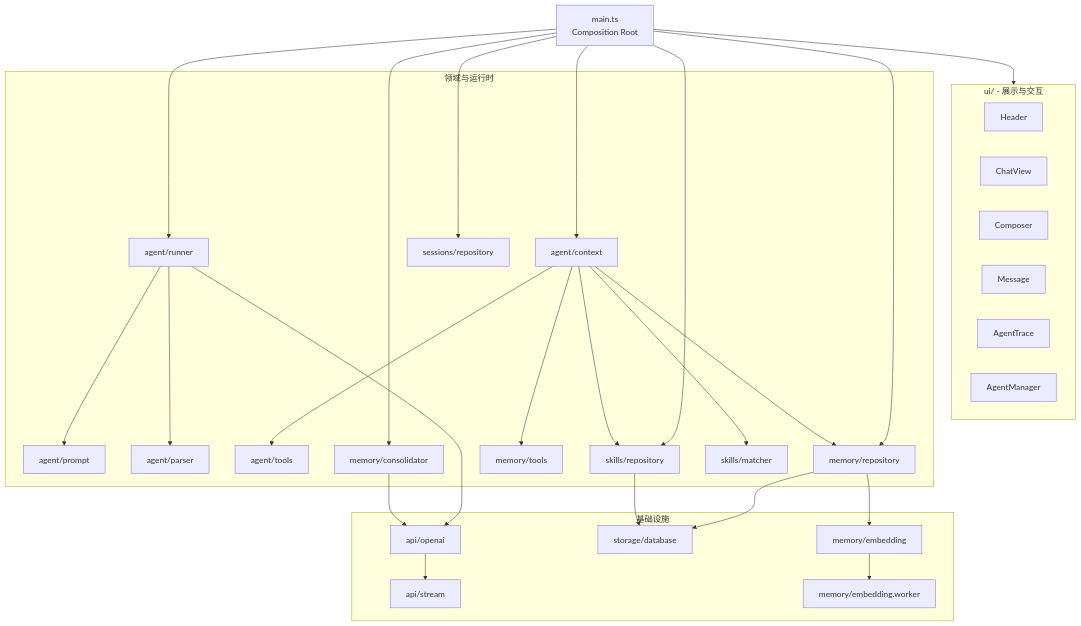
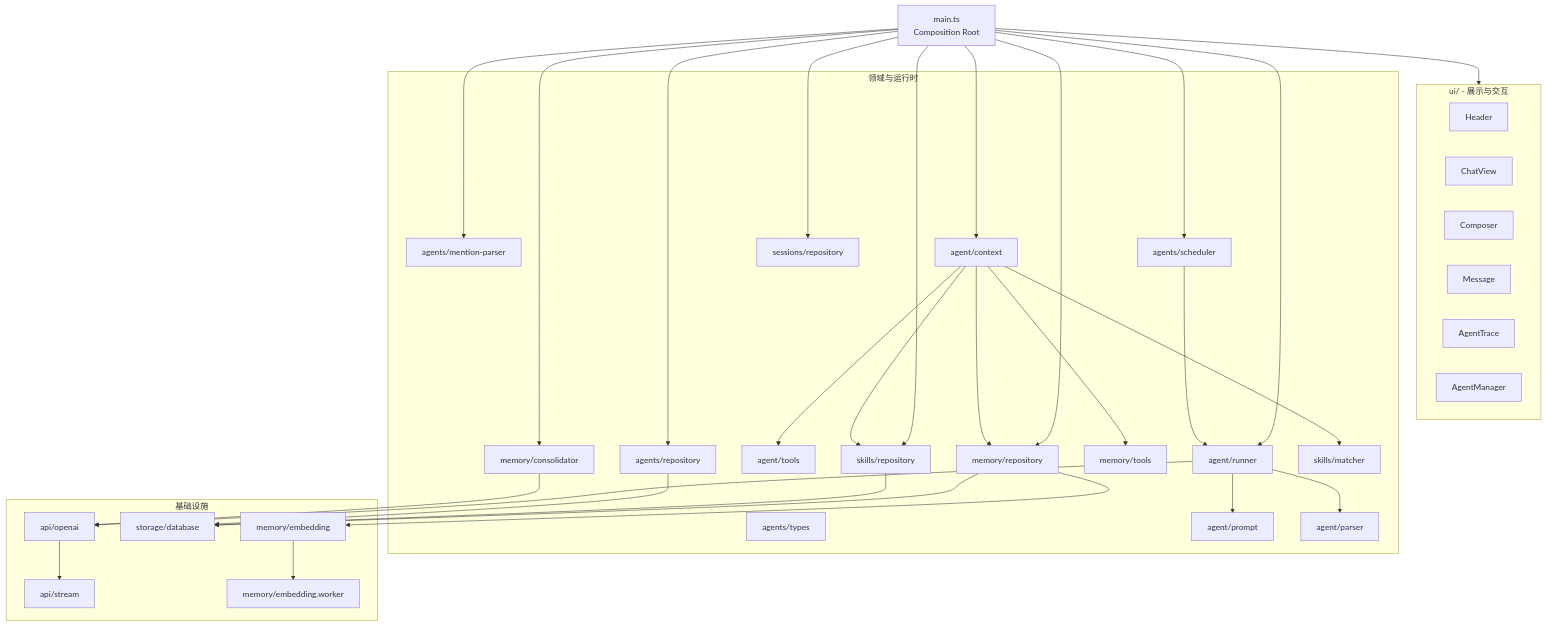
Before and after one commit to lijiajia96/llm-local: the second of 16 diagrams in ARCHITECTURE.md, drawn with Mermaid. The commit also changed other lines of this file and 27 other files, not shown here.

````diff
--- a/ARCHITECTURE.md
+++ b/ARCHITECTURE.md
@@ -77,60 +77,69 @@
 ```mermaid
 flowchart TB
     Main["main.ts<br/>Composition Root"]
 
     subgraph UI["ui/ - 展示与交互"]
         Header[Header]
         ChatView[ChatView]
         Composer[Composer]
         Message[Message]
         Trace[AgentTrace]
         Manager[AgentManager]
     end
 
     subgraph Domain["领域与运行时"]
+        AgentTypes[agents/types]
+        AgentProfiles[agents/repository]
+        MentionParser[agents/mention-parser]
+        Scheduler[agents/scheduler]
         AgentContext[agent/context]
         Runner[agent/runner]
         Prompt[agent/prompt]
         Parser[agent/parser]
         Tools[agent/tools]
         MemoryRepo[memory/repository]
         Consolidator[memory/consolidator]
         MemoryTools[memory/tools]
         SkillRepo[skills/repository]
         Matcher[skills/matcher]
         SessionRepo[sessions/repository]
     end
 
     subgraph Infra["基础设施"]
         OpenAI[api/openai]
         SSE[api/stream]
         Database[storage/database]
         Embedding[memory/embedding]
         Worker[memory/embedding.worker]
     end
 
     Main --> UI
     Main --> AgentContext
     Main --> Runner
+    Main --> AgentProfiles
+    Main --> MentionParser
+    Main --> Scheduler
     Main --> MemoryRepo
     Main --> SkillRepo
     Main --> SessionRepo
     Main --> Consolidator
 
     AgentContext --> MemoryRepo
     AgentContext --> SkillRepo
     AgentContext --> Matcher
     AgentContext --> Tools
     AgentContext --> MemoryTools
 
     Runner --> Prompt
     Runner --> Parser
     Runner --> OpenAI
     Consolidator --> OpenAI
     OpenAI --> SSE
 
     MemoryRepo --> Database
     MemoryRepo --> Embedding
     Embedding --> Worker
     SkillRepo --> Database
+    AgentProfiles --> Database
+    Scheduler --> Runner
 ```
````
